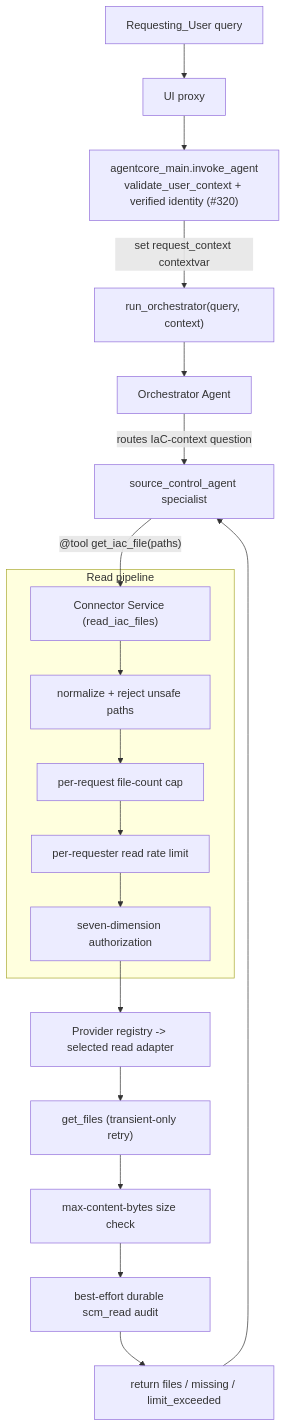
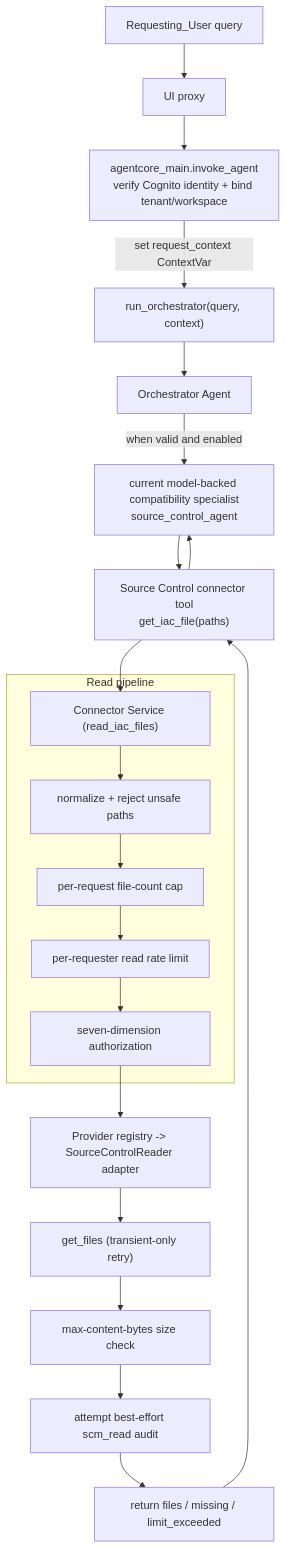
The diagram in docs/SOURCE_CONTROL_CONNECTOR.md (aws-solutions-library-samples/guidance-for-game-backend-and-infrastructure-agentic-workflows), drawn with Mermaid before and after one commit. The commit also changed other lines of this file and 3 other files, not shown here.

Commit message:
docs(connector): align docs with read-only connector architecture

````diff
--- a/docs/SOURCE_CONTROL_CONNECTOR.md
+++ b/docs/SOURCE_CONTROL_CONNECTOR.md
@@ -136,23 +163,25 @@
 ```mermaid
 flowchart TD
     U[Requesting_User query] --> FE[UI proxy]
-    FE --> IA["agentcore_main.invoke_agent<br/>validate_user_context + verified identity (#320)"]
-    IA -->|set request_context contextvar| RO["run_orchestrator(query, context)"]
+    FE --> IA["agentcore_main.invoke_agent<br/>verify Cognito identity + bind tenant/workspace"]
+    IA -->|set request_context ContextVar| RO["run_orchestrator(query, context)"]
     RO --> ORCH[Orchestrator Agent]
-    ORCH -->|routes IaC-context question| SCA[source_control_agent specialist]
-    SCA -->|"@tool get_iac_file(paths)"| SVC["Connector Service (read_iac_files)"]
+    ORCH -->|when valid and enabled| WRAP["current model-backed compatibility specialist<br/>source_control_agent"]
+    WRAP --> TOOL["Source Control connector tool<br/>get_iac_file(paths)"]
+    TOOL --> SVC["Connector Service (read_iac_files)"]
 
     subgraph Read pipeline
       SVC --> G1["normalize + reject unsafe paths"]
       G1 --> G2["per-request file-count cap"]
       G2 --> G3["per-requester read rate limit"]
       G3 --> G4["seven-dimension authorization"]
     end
 
-    G4 --> PF[Provider registry -> selected read adapter]
+    G4 --> PF[Provider registry -> SourceControlReader adapter]
     PF --> P1["get_files (transient-only retry)"]
     P1 --> G5["max-content-bytes size check"]
-    G5 --> AUD["best-effort durable scm_read audit"]
+    G5 --> AUD["attempt best-effort scm_read audit"]
     AUD --> RES["return files / missing / limit_exceeded"]
-    RES --> SCA
+    RES --> TOOL
+    TOOL --> WRAP
 ```
````
